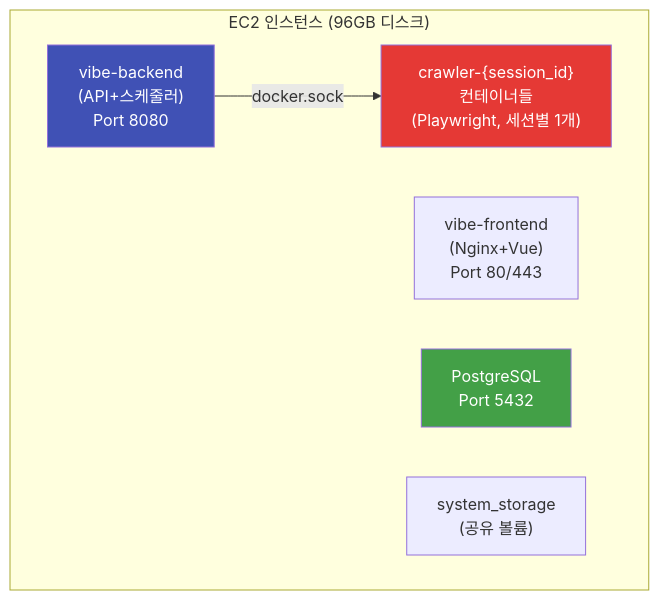
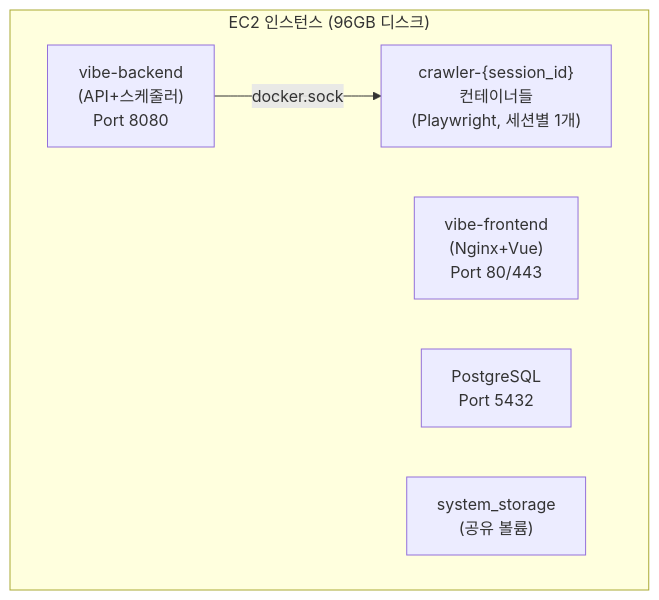
Before and after one commit to cybertarzan/vibe-crawler-handover: the diagram in docs/plans/server-scaling/index.md, drawn with Mermaid. The commit also changed 30 other files, not shown here.

Commit message:
style: 모든 mermaid 다이어그램에서 커스텀 배경색 제거 (기본 테마 사용)

````diff
--- a/docs/plans/server-scaling/index.md
+++ b/docs/plans/server-scaling/index.md
@@ -11,14 +11,11 @@
 ```mermaid
 graph TD
     subgraph EC2["EC2 인스턴스 (96GB 디스크)"]
         BE["vibe-backend<br/>(API+스케줄러)<br/>Port 8080"]
         FE["vibe-frontend<br/>(Nginx+Vue)<br/>Port 80/443"]
         BE -->|docker.sock| CRAWL["crawler-{session_id}<br/>컨테이너들<br/>(Playwright, 세션별 1개)"]
         PG["PostgreSQL<br/>Port 5432"]
         SS["system_storage<br/>(공유 볼륨)"]
     end
 
-    style BE fill:#4051B5,color:#fff
-    style CRAWL fill:#e53935,color:#fff
-    style PG fill:#43A047,color:#fff
 ```
````
